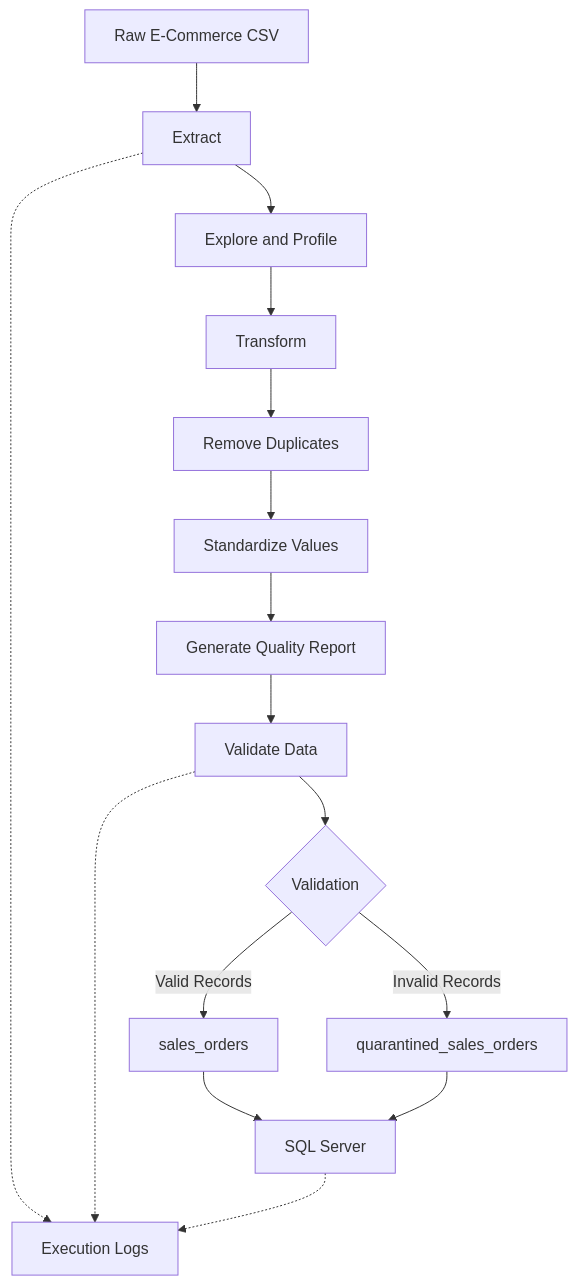
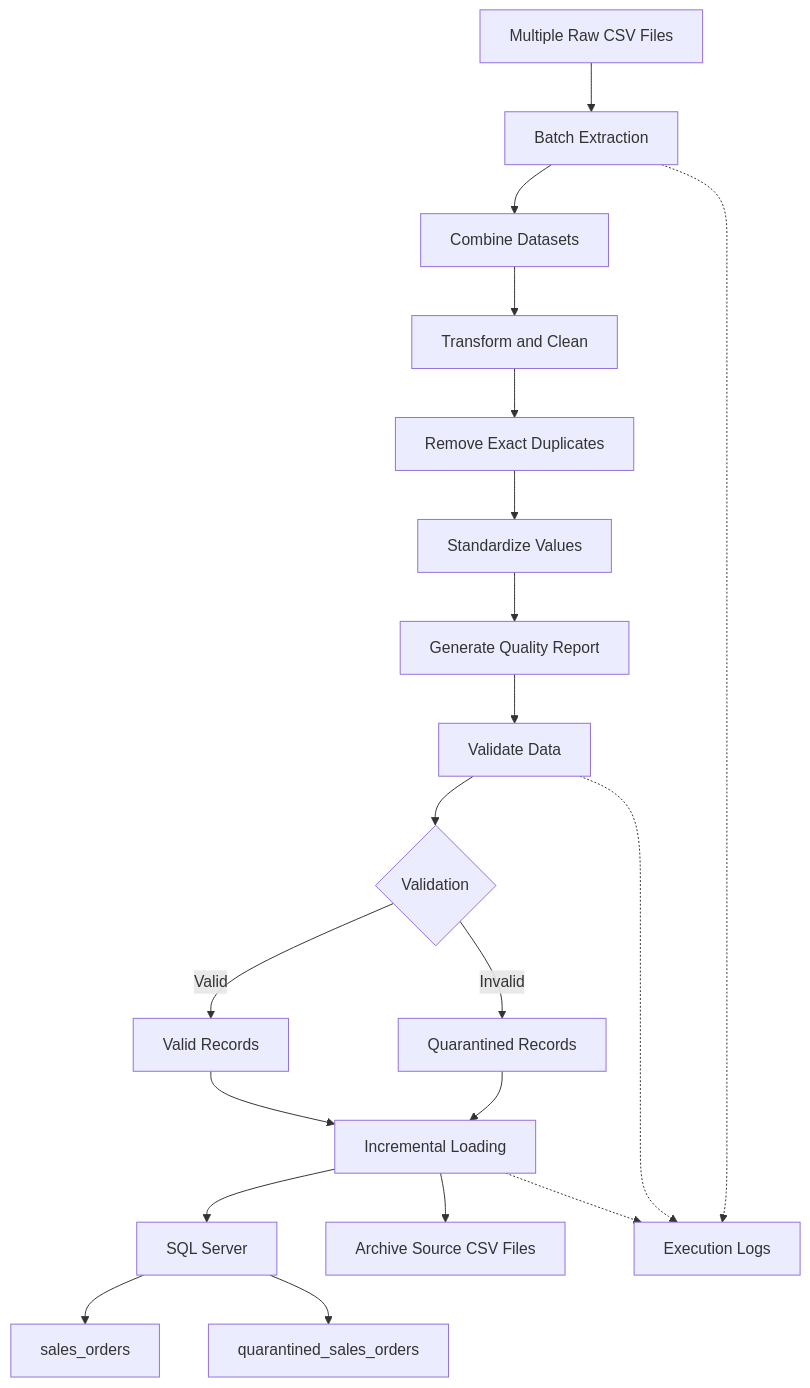
One commit to abhinandan2611/Ecommerce-Sales-ETL-Pipeline changed the diagram in README.md. Above: the diagram before and after it, drawn with Mermaid. The commit also changed other lines of this file and 5 other files, not shown here.

Commit message:
Update ETL pipeline with batch processing and incremental loading

````diff
--- a/README.md
+++ b/README.md
@@ -63,18 +69,22 @@
 ```mermaid
 flowchart TD
-    A[Raw E-Commerce CSV] --> B[Extract]
-    B --> C[Explore and Profile]
-    C --> D[Transform]
-    D --> E[Remove Duplicates]
+    A[Multiple Raw CSV Files] --> B[Batch Extraction]
+    B --> C[Combine Datasets]
+    C --> D[Transform and Clean]
+    D --> E[Remove Exact Duplicates]
     E --> F[Standardize Values]
     F --> G[Generate Quality Report]
     G --> H[Validate Data]
     H --> I{Validation}
-    I -->|Valid Records| J[sales_orders]
-    I -->|Invalid Records| K[quarantined_sales_orders]
-    J --> L[SQL Server]
+    I -->|Valid| J[Valid Records]
+    I -->|Invalid| K[Quarantined Records]
+    J --> L[Incremental Loading]
     K --> L
-    B -.-> M[Execution Logs]
-    H -.-> M
-    L -.-> M
+    L --> M[SQL Server]
+    M --> N[sales_orders]
+    M --> O[quarantined_sales_orders]
+    L --> P[Archive Source CSV Files]
+    B -.-> Q[Execution Logs]
+    H -.-> Q
+    L -.-> Q
 ```
````
